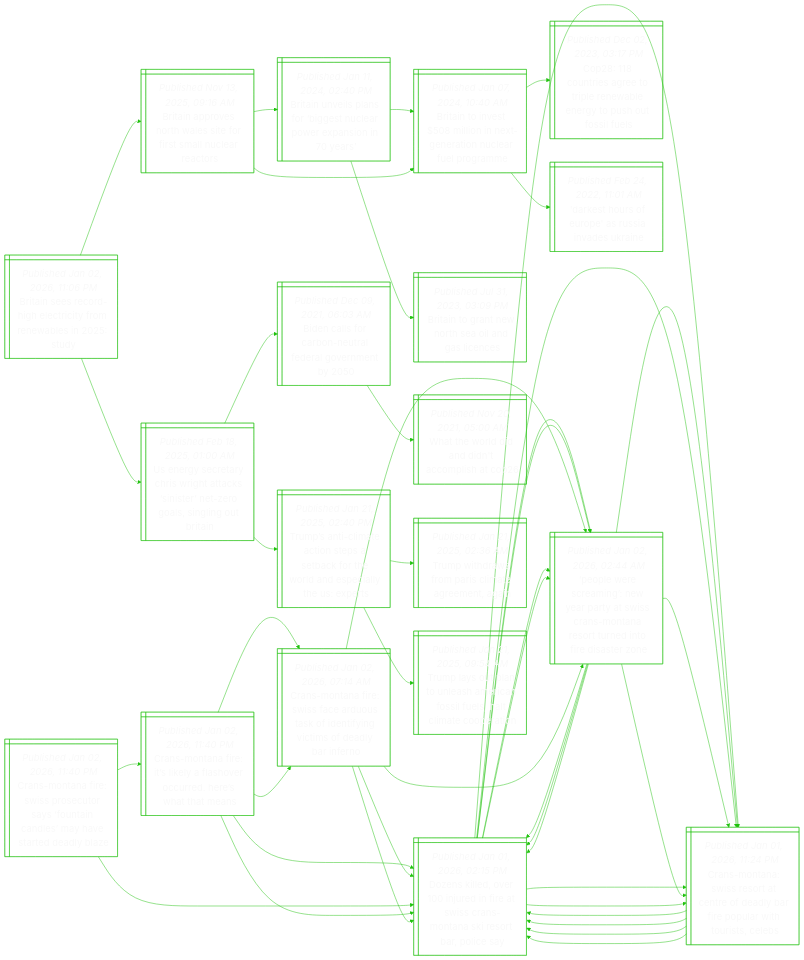
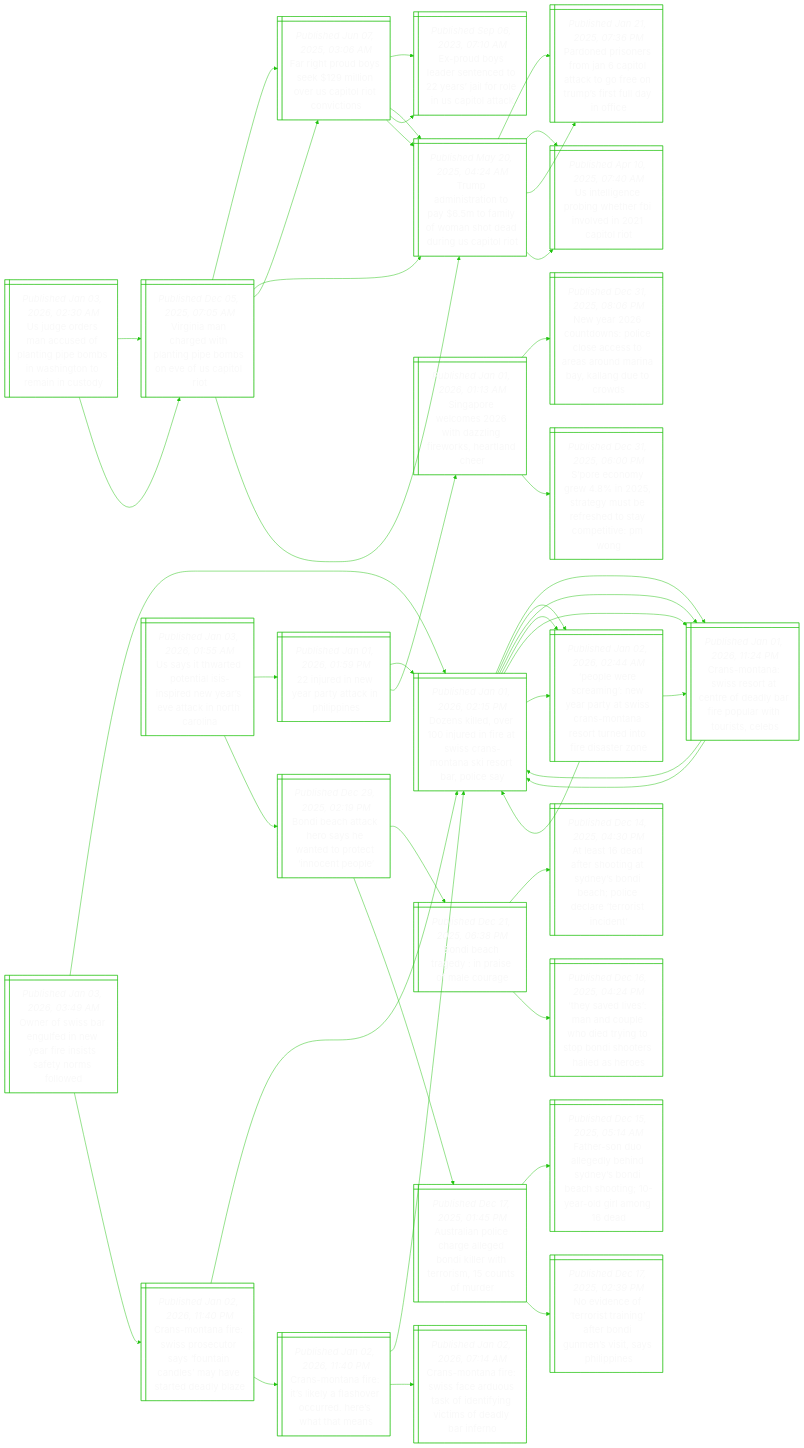
One commit to notJmes/notJmes changed the diagram in README.md. Above: the diagram before and after it, drawn with Mermaid. The commit also changed other lines of this file, not shown here.

````diff
--- a/README.md
+++ b/README.md
@@ -16,8 +16,8 @@
 flowchart LR
 classDef txtsize font-size:20px;
 
-CMneiahorrats@{ shape: win-pane, label: "_Published Jan 02, 2026, 11:40 PM_
-Crans-montana fire: it’s likely a flashover occurred. here’s what that means" }
+OosefNaesfooe@{ shape: win-pane, label: "_Published Jan 03, 2026, 03:49 AM_
+Owner of swiss bar engulfed in new year fire insists safety norms followed" }
 Dserrftssairpe@{ shape: win-pane, label: "_Published Jan 01, 2026, 02:15 PM_
 Dozens killed, over 100 injured in fire at swiss crans-montana ski resort bar, police say" }
 CMnsoceaaeltrcs@{ shape: win-pane, label: "_Published Jan 01, 2026, 11:24 PM_
@@ -32,123 +32,126 @@
 Dozens killed, over 100 injured in fire at swiss crans-montana ski resort bar, police say" }
 CMnsoceaaeltrcs@{ shape: win-pane, label: "_Published Jan 01, 2026, 11:24 PM_
 Crans-montana: swiss resort at centre of deadly bar fire popular with tourists, celebs" }
-CMnesaukeyisaae@{ shape: win-pane, label: "_Published Jan 02, 2026, 07:14 AM_
-Crans-montana fire: swiss face arduous task of identifying victims of deadly bar inferno" }
+CMneserfanmvreb@{ shape: win-pane, label: "_Published Jan 02, 2026, 11:40 PM_
+Crans-montana fire: swiss prosecutor says ‘fountain candles’ may have started deadly blaze" }
 Dserrftssairpe@{ shape: win-pane, label: "_Published Jan 01, 2026, 02:15 PM_
 Dozens killed, over 100 injured in fire at swiss crans-montana ski resort bar, police say" }
 CMnsoceaaeltrcs@{ shape: win-pane, label: "_Published Jan 01, 2026, 11:24 PM_
 Crans-montana: swiss resort at centre of deadly bar fire popular with tourists, celebs" }
 Pesmeryianrteodtn@{ shape: win-pane, label: "_Published Jan 02, 2026, 02:44 AM_
 ‘people were screaming’: new year party at swiss crans-montana resort turned into fire disaster zone" }
-Pesmeryianrteodtn@{ shape: win-pane, label: "_Published Jan 02, 2026, 02:44 AM_
-‘people were screaming’: new year party at swiss crans-montana resort turned into fire disaster zone" }
+CMneiahorrats@{ shape: win-pane, label: "_Published Jan 02, 2026, 11:40 PM_
+Crans-montana fire: it’s likely a flashover occurred. here’s what that means" }
 Dserrftssairpe@{ shape: win-pane, label: "_Published Jan 01, 2026, 02:15 PM_
 Dozens killed, over 100 injured in fire at swiss crans-montana ski resort bar, police say" }
-CMnsoceaaeltrcs@{ shape: win-pane, label: "_Published Jan 01, 2026, 11:24 PM_
-Crans-montana: swiss resort at centre of deadly bar fire popular with tourists, celebs" }
+CMnesaukeyisaae@{ shape: win-pane, label: "_Published Jan 02, 2026, 07:14 AM_
+Crans-montana fire: swiss face arduous task of identifying victims of deadly bar inferno" }
 
-CMneiahorrats:::txtsize --> Dserrftssairpe:::txtsize
+OosefNaesfooe:::txtsize --> Dserrftssairpe:::txtsize
 Dserrftssairpe:::txtsize --> CMnsoceaaeltrcs:::txtsize
 CMnsoceaaeltrcs:::txtsize --> Dserrftssairpe:::txtsize
 CMnsoceaaeltrcs:::txtsize --> Dserrftssairpe:::txtsize
 Dserrftssairpe:::txtsize --> Pesmeryianrteodtn:::txtsize
 Pesmeryianrteodtn:::txtsize --> Dserrftssairpe:::txtsize
 Pesmeryianrteodtn:::txtsize --> CMnsoceaaeltrcs:::txtsize
-CMneiahorrats:::txtsize --> CMnesaukeyisaae:::txtsize
-CMnesaukeyisaae:::txtsize --> Dserrftssairpe:::txtsize
+OosefNaesfooe:::txtsize --> CMneserfanmvreb:::txtsize
+CMneserfanmvreb:::txtsize --> Dserrftssairpe:::txtsize
 Dserrftssairpe:::txtsize --> CMnsoceaaeltrcs:::txtsize
 Dserrftssairpe:::txtsize --> Pesmeryianrteodtn:::txtsize
-CMnesaukeyisaae:::txtsize --> Pesmeryianrteodtn:::txtsize
-Pesmeryianrteodtn:::txtsize --> Dserrftssairpe:::txtsize
-Pesmeryianrteodtn:::txtsize --> CMnsoceaaeltrcs:::txtsize
+CMneserfanmvreb:::txtsize --> CMneiahorrats:::txtsize
+CMneiahorrats:::txtsize --> Dserrftssairpe:::txtsize
+CMneiahorrats:::txtsize --> CMnesaukeyisaae:::txtsize
 
-CMneserfanmvreb@{ shape: win-pane, label: "_Published Jan 02, 2026, 11:40 PM_
-Crans-montana fire: swiss prosecutor says ‘fountain candles’ may have started deadly blaze" }
-Dserrftssairpe@{ shape: win-pane, label: "_Published Jan 01, 2026, 02:15 PM_
-Dozens killed, over 100 injured in fire at swiss crans-montana ski resort bar, police say" }
-CMnsoceaaeltrcs@{ shape: win-pane, label: "_Published Jan 01, 2026, 11:24 PM_
-Crans-montana: swiss resort at centre of deadly bar fire popular with tourists, celebs" }
-Dserrftssairpe@{ shape: win-pane, label: "_Published Jan 01, 2026, 02:15 PM_
-Dozens killed, over 100 injured in fire at swiss crans-montana ski resort bar, police say" }
-Dserrftssairpe@{ shape: win-pane, label: "_Published Jan 01, 2026, 02:15 PM_
-Dozens killed, over 100 injured in fire at swiss crans-montana ski resort bar, police say" }
-Pesmeryianrteodtn@{ shape: win-pane, label: "_Published Jan 02, 2026, 02:44 AM_
-‘people were screaming’: new year party at swiss crans-montana resort turned into fire disaster zone" }
-Dserrftssairpe@{ shape: win-pane, label: "_Published Jan 01, 2026, 02:15 PM_
-Dozens killed, over 100 injured in fire at swiss crans-montana ski resort bar, police say" }
-CMnsoceaaeltrcs@{ shape: win-pane, label: "_Published Jan 01, 2026, 11:24 PM_
-Crans-montana: swiss resort at centre of deadly bar fire popular with tourists, celebs" }
-CMneiahorrats@{ shape: win-pane, label: "_Published Jan 02, 2026, 11:40 PM_
-Crans-montana fire: it’s likely a flashover occurred. here’s what that means" }
+Ugenspipbagoiuy@{ shape: win-pane, label: "_Published Jan 03, 2026, 02:30 AM_
+Us judge orders man accused of planting pipe bombs in washington to remain in custody" }
+Vnngtnponfpr@{ shape: win-pane, label: "_Published Dec 05, 2025, 07:05 AM_
+Virginia man charged with planting pipe bombs on eve of us capitol riot" }
+Fgoykiealccs@{ shape: win-pane, label: "_Published Jun 07, 2025, 03:06 AM_
+Far right proud boys seek $129 million over us capitol riot convictions" }
+Eusetdairnpak@{ shape: win-pane, label: "_Published Sep 06, 2023, 07:10 AM_
+Ex-proud boys leader sentenced to 22 years’ jail for role in us capitol attack" }
+TaitotiwserSto@{ shape: win-pane, label: "_Published May 20, 2025, 04:24 AM_
+Trump administration to pay $6.5m to family of woman shot dead during us capitol riot" }
+TaitotiwserSto@{ shape: win-pane, label: "_Published May 20, 2025, 04:24 AM_
+Trump administration to pay $6.5m to family of woman shot dead during us capitol riot" }
+Pnirmalcoomrlii@{ shape: win-pane, label: "_Published Jan 21, 2025, 07:36 PM_
+Pardoned prisoners from jan 6 capitol attack to go free on trump’s first full day in office" }
+UeerghIlnto@{ shape: win-pane, label: "_Published Apr 10, 2025, 07:40 AM_
+Us intelligence probing whether fbi involved in 2021 capitol riot" }
+Vnngtnponfpr@{ shape: win-pane, label: "_Published Dec 05, 2025, 07:05 AM_
+Virginia man charged with planting pipe bombs on eve of us capitol riot" }
+Fgoykiealccs@{ shape: win-pane, label: "_Published Jun 07, 2025, 03:06 AM_
+Far right proud boys seek $129 million over us capitol riot convictions" }
+Eusetdairnpak@{ shape: win-pane, label: "_Published Sep 06, 2023, 07:10 AM_
+Ex-proud boys leader sentenced to 22 years’ jail for role in us capitol attack" }
+TaitotiwserSto@{ shape: win-pane, label: "_Published May 20, 2025, 04:24 AM_
+Trump administration to pay $6.5m to family of woman shot dead during us capitol riot" }
+TaitotiwserSto@{ shape: win-pane, label: "_Published May 20, 2025, 04:24 AM_
+Trump administration to pay $6.5m to family of woman shot dead during us capitol riot" }
+Pnirmalcoomrlii@{ shape: win-pane, label: "_Published Jan 21, 2025, 07:36 PM_
+Pardoned prisoners from jan 6 capitol attack to go free on trump’s first full day in office" }
+UeerghIlnto@{ shape: win-pane, label: "_Published Apr 10, 2025, 07:40 AM_
+Us intelligence probing whether fbi involved in 2021 capitol riot" }
+
+Ugenspipbagoiuy:::txtsize --> Vnngtnponfpr:::txtsize
+Vnngtnponfpr:::txtsize --> Fgoykiealccs:::txtsize
+Fgoykiealccs:::txtsize --> Eusetdairnpak:::txtsize
+Fgoykiealccs:::txtsize --> TaitotiwserSto:::txtsize
+Vnngtnponfpr:::txtsize --> TaitotiwserSto:::txtsize
+TaitotiwserSto:::txtsize --> Pnirmalcoomrlii:::txtsize
+TaitotiwserSto:::txtsize --> UeerghIlnto:::txtsize
+Ugenspipbagoiuy:::txtsize --> Vnngtnponfpr:::txtsize
+Vnngtnponfpr:::txtsize --> Fgoykiealccs:::txtsize
+Fgoykiealccs:::txtsize --> Eusetdairnpak:::txtsize
+Fgoykiealccs:::txtsize --> TaitotiwserSto:::txtsize
+Vnngtnponfpr:::txtsize --> TaitotiwserSto:::txtsize
+TaitotiwserSto:::txtsize --> Pnirmalcoomrlii:::txtsize
+TaitotiwserSto:::txtsize --> UeerghIlnto:::txtsize
+
+UswdnIneYEtnhl@{ shape: win-pane, label: "_Published Jan 03, 2026, 01:55 AM_
+Us says it thwarted potential isis-inspired new year’s eve attack in north carolina" }
+ieerychp@{ shape: win-pane, label: "_Published Jan 01, 2026, 01:59 PM_
+22 injured in new year party attack in philippines" }
 Dserrftssairpe@{ shape: win-pane, label: "_Published Jan 01, 2026, 02:15 PM_
 Dozens killed, over 100 injured in fire at swiss crans-montana ski resort bar, police say" }
 CMnsoceaaeltrcs@{ shape: win-pane, label: "_Published Jan 01, 2026, 11:24 PM_
 Crans-montana: swiss resort at centre of deadly bar fire popular with tourists, celebs" }
 Pesmeryianrteodtn@{ shape: win-pane, label: "_Published Jan 02, 2026, 02:44 AM_
 ‘people were screaming’: new year party at swiss crans-montana resort turned into fire disaster zone" }
-CMnesaukeyisaae@{ shape: win-pane, label: "_Published Jan 02, 2026, 07:14 AM_
-Crans-montana fire: swiss face arduous task of identifying victims of deadly bar inferno" }
-Dserrftssairpe@{ shape: win-pane, label: "_Published Jan 01, 2026, 02:15 PM_
-Dozens killed, over 100 injured in fire at swiss crans-montana ski resort bar, police say" }
-Pesmeryianrteodtn@{ shape: win-pane, label: "_Published Jan 02, 2026, 02:44 AM_
-‘people were screaming’: new year party at swiss crans-montana resort turned into fire disaster zone" }
+Speehlirane@{ shape: win-pane, label: "_Published Jan 01, 2026, 01:13 AM_
+Singapore welcomes 2026 with dazzling fireworks, heartland cheer" }
+Nanniocosniyaeo@{ shape: win-pane, label: "_Published Dec 31, 2025, 08:06 PM_
+New year 2026 countdowns: police close access to areas around marina bay, kallang due to crowds" }
+SemwrybrdapiW@{ shape: win-pane, label: "_Published Dec 31, 2025, 06:00 PM_
+S’pore economy grew 4.8% in 2025, strategy must be refreshed to stay competitive: pm wong" }
+BBakseertce@{ shape: win-pane, label: "_Published Dec 29, 2025, 02:19 PM_
+Bondi beach attack hero says he wanted to protect ‘innocent people’" }
+BBtdroea@{ shape: win-pane, label: "_Published Dec 21, 2025, 06:38 PM_
+Bondi beach tragedy : in praise of male courage" }
+Asdrttenaleeoie@{ shape: win-pane, label: "_Published Dec 14, 2025, 04:30 PM_
+At least 16 dead after shooting at sydney’s bondi beach; police declare ‘terrorist incident’" }
+TaiaceiyoBseise@{ shape: win-pane, label: "_Published Dec 16, 2025, 04:24 PM_
+‘they saved lives’: man and couple who died trying to stop bondi shooters hailed as heroes" }
+Aapegeoiweiufe@{ shape: win-pane, label: "_Published Dec 17, 2025, 01:45 PM_
+Australian police charge alleged bondi killer with terrorism, 15 counts of murder" }
+Frueynnoehnrioa@{ shape: win-pane, label: "_Published Dec 15, 2025, 05:14 AM_
+Father-son duo allegedly behind sydney’s bondi beach shooting; 10-year-old girl among 16 dead" }
+NdortnfoustPps@{ shape: win-pane, label: "_Published Dec 17, 2025, 02:39 PM_
+No evidence of ‘terrorist training’ after bondi gunmen’s visit, says philippines" }
 
-CMneserfanmvreb:::txtsize --> Dserrftssairpe:::txtsize
-Dserrftssairpe:::txtsize --> CMnsoceaaeltrcs:::txtsize
-CMnsoceaaeltrcs:::txtsize --> Dserrftssairpe:::txtsize
-CMnsoceaaeltrcs:::txtsize --> Dserrftssairpe:::txtsize
-Dserrftssairpe:::txtsize --> Pesmeryianrteodtn:::txtsize
-Pesmeryianrteodtn:::txtsize --> Dserrftssairpe:::txtsize
-Pesmeryianrteodtn:::txtsize --> CMnsoceaaeltrcs:::txtsize
-CMneserfanmvreb:::txtsize --> CMneiahorrats:::txtsize
-CMneiahorrats:::txtsize --> Dserrftssairpe:::txtsize
+UswdnIneYEtnhl:::txtsize --> ieerychp:::txtsize
+ieerychp:::txtsize --> Dserrftssairpe:::txtsize
 Dserrftssairpe:::txtsize --> CMnsoceaaeltrcs:::txtsize
 Dserrftssairpe:::txtsize --> Pesmeryianrteodtn:::txtsize
-CMneiahorrats:::txtsize --> CMnesaukeyisaae:::txtsize
-CMnesaukeyisaae:::txtsize --> Dserrftssairpe:::txtsize
-CMnesaukeyisaae:::txtsize --> Pesmeryianrteodtn:::txtsize
-
-Bisrhttmwsu@{ shape: win-pane, label: "_Published Jan 02, 2026, 11:06 PM_
-Britain sees record-high electricity from renewables in 2025: study" }
-BirNWsosller@{ shape: win-pane, label: "_Published Nov 13, 2025, 09:16 AM_
-Britain approves north wales site for first small nuclear reactors" }
-Bielogurrnir@{ shape: win-pane, label: "_Published Jan 11, 2024, 02:40 PM_
-Britain unveils plans for ‘biggest nuclear power expansion in 70 years’" }
-Biretodie@{ shape: win-pane, label: "_Published Jul 31, 2023, 03:09 PM_
-Britain to grant new north sea oil and gas licences" }
-Binmoenicfrm@{ shape: win-pane, label: "_Published Jan 07, 2024, 10:40 AM_
-Britain to invest $508 million in next-generation nuclear fuel programme" }
-Binmoenicfrm@{ shape: win-pane, label: "_Published Jan 07, 2024, 10:40 AM_
-Britain to invest $508 million in next-generation nuclear fuel programme" }
-Cueerranthof@{ shape: win-pane, label: "_Published Dec 02, 2023, 03:17 PM_
-Cop28: 118 countries agree to triple renewable energy to push out fossil fuels" }
-DsruasvUn@{ shape: win-pane, label: "_Published Feb 24, 2022, 11:01 AM_
-'darkest hours of europe' as russia invades ukraine" }
-Urcrigtsttgsita@{ shape: win-pane, label: "_Published Feb 18, 2025, 01:00 AM_
-Us energy secretary chris wright attacks ‘sinister’ net-zero goals, singling out britain" }
-Bcfrelrve@{ shape: win-pane, label: "_Published Dec 09, 2021, 06:03 AM_
-Biden calls for carbon-neutral federal government by 2050" }
-WhladciC@{ shape: win-pane, label: "_Published Nov 20, 2021, 05:00 AM_
-What the world did and didn't accomplish at cop26" }
-TsctieekhleitEt@{ shape: win-pane, label: "_Published Jan 21, 2025, 02:40 PM_
-Trump’s anti-climate action steps a setback for the world and especially the us: experts" }
-Twrrriamg@{ shape: win-pane, label: "_Published Jan 21, 2025, 02:36 AM_
-Trump withdraws from paris climate agreement, again" }
-TlunlAcsuaicrn@{ shape: win-pane, label: "_Published Jan 21, 2025, 09:54 AM_
-Trump lays out plan to unleash american fossil fuels, halt climate cooperation" }
-
-Bisrhttmwsu:::txtsize --> BirNWsosller:::txtsize
-BirNWsosller:::txtsize --> Bielogurrnir:::txtsize
-Bielogurrnir:::txtsize --> Biretodie:::txtsize
-Bielogurrnir:::txtsize --> Binmoenicfrm:::txtsize
-BirNWsosller:::txtsize --> Binmoenicfrm:::txtsize
-Binmoenicfrm:::txtsize --> Cueerranthof:::txtsize
-Binmoenicfrm:::txtsize --> DsruasvUn:::txtsize
-Bisrhttmwsu:::txtsize --> Urcrigtsttgsita:::txtsize
-Urcrigtsttgsita:::txtsize --> Bcfrelrve:::txtsize
-Bcfrelrve:::txtsize --> WhladciC:::txtsize
-Urcrigtsttgsita:::txtsize --> TsctieekhleitEt:::txtsize
-TsctieekhleitEt:::txtsize --> Twrrriamg:::txtsize
-TsctieekhleitEt:::txtsize --> TlunlAcsuaicrn:::txtsize
+ieerychp:::txtsize --> Speehlirane:::txtsize
+Speehlirane:::txtsize --> Nanniocosniyaeo:::txtsize
+Speehlirane:::txtsize --> SemwrybrdapiW:::txtsize
+UswdnIneYEtnhl:::txtsize --> BBakseertce:::txtsize
+BBakseertce:::txtsize --> BBtdroea:::txtsize
+BBtdroea:::txtsize --> Asdrttenaleeoie:::txtsize
+BBtdroea:::txtsize --> TaiaceiyoBseise:::txtsize
+BBakseertce:::txtsize --> Aapegeoiweiufe:::txtsize
+Aapegeoiweiufe:::txtsize --> Frueynnoehnrioa:::txtsize
+Aapegeoiweiufe:::txtsize --> NdortnfoustPps:::txtsize
 
 ```
````
